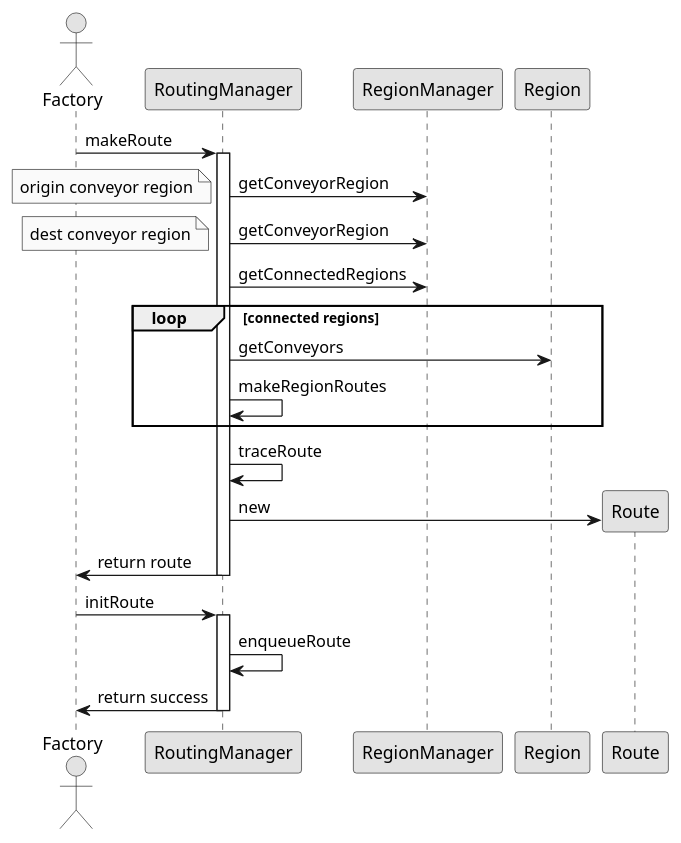
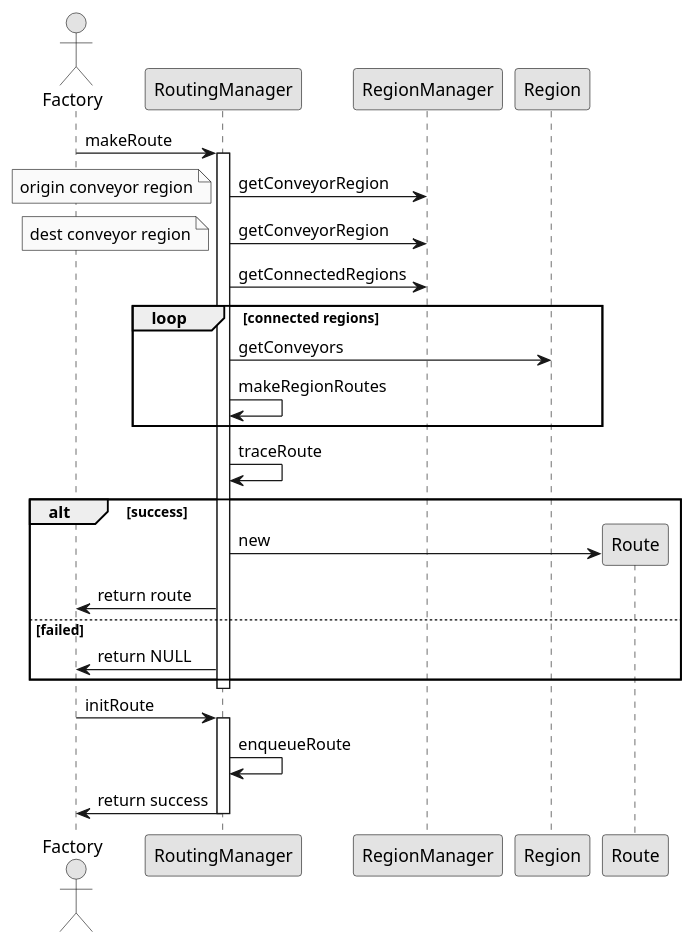
Before and after one commit to avrocha/plant-floor-control: the diagram in docs/sequence_uml/routing_manager.puml, drawn with PlantUML. The commit also changed 3 other files, not shown here.

Commit message:
UML: #13 and small fix in uml class diagrams

```diff
--- a/docs/sequence_uml/routing_manager.puml
+++ b/docs/sequence_uml/routing_manager.puml
@@ -1,38 +1,42 @@
 @startuml
 skinparam linetype ortho
 skinparam Monochrome true
 skinparam classAttributeIconSize 0
 
 actor Factory as Factory
 
 Factory -> RoutingManager: makeRoute
 activate RoutingManager
 
 RoutingManager -> RegionManager: getConveyorRegion
 note left: origin conveyor region
 
 RoutingManager -> RegionManager: getConveyorRegion
 note left: dest conveyor region
 
 RoutingManager -> RegionManager: getConnectedRegions
 
 loop connected regions
     RoutingManager -> Region: getConveyors
     RoutingManager -> RoutingManager: makeRegionRoutes
 end
 
 RoutingManager -> RoutingManager: traceRoute
 
-create Route
-RoutingManager -> Route: new
+alt success
+    create Route
+    RoutingManager -> Route: new
+    RoutingManager -> Factory: return route
+else failed
+    RoutingManager -> Factory: return NULL
+end
 
-RoutingManager -> Factory: return route
 
 deactivate RoutingManager
 
 Factory -> RoutingManager: initRoute
 activate RoutingManager
 RoutingManager -> RoutingManager: enqueueRoute
 RoutingManager -> Factory: return success
 deactivate RoutingManager
 @enduml
```
